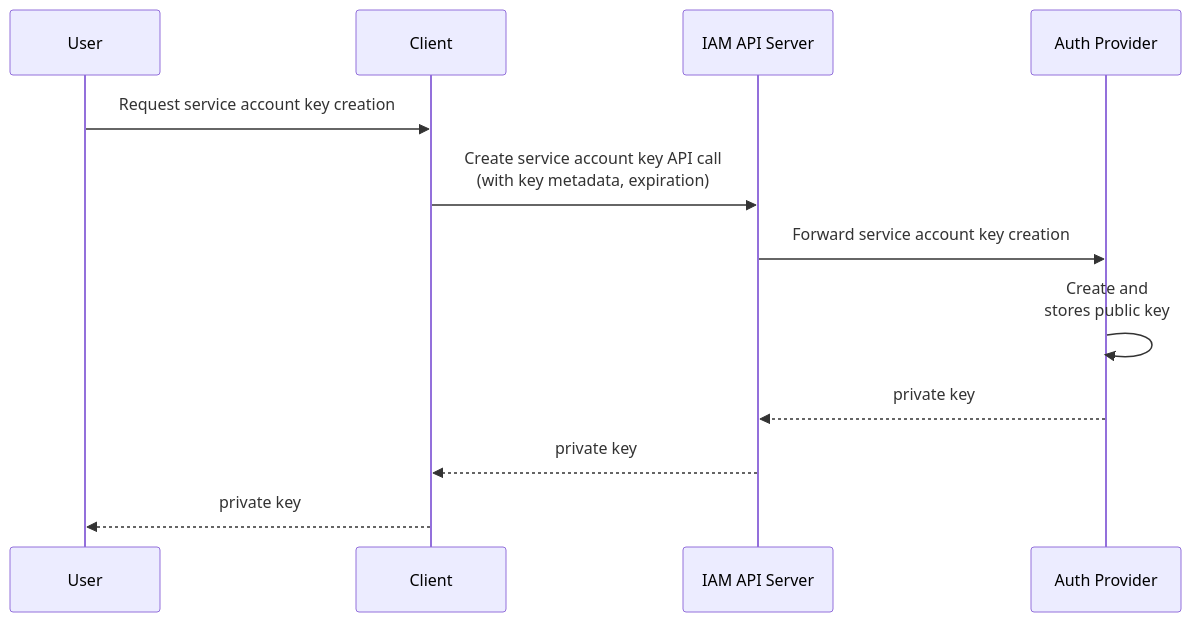
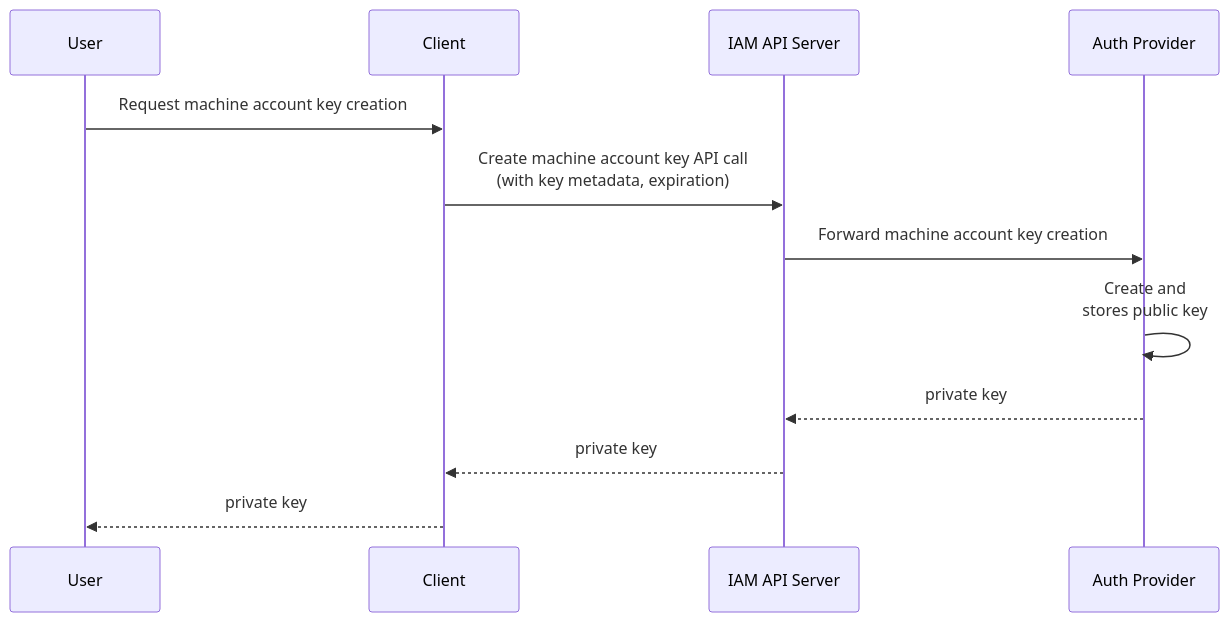
Before and after one commit to datum-cloud/enhancements: the tenth of 13 diagrams in enhancements/platform/identity-and-access-management/authentication/README.md, drawn with Mermaid. The commit also changed other lines of this file, not shown here.

Commit message:
docs: update README to replace 'Service Account' terminology with 'Machine Account' for consistency and clarity

````diff
--- a/enhancements/platform/identity-and-access-management/authentication/README.md
+++ b/enhancements/platform/identity-and-access-management/authentication/README.md
@@ -671,15 +671,15 @@
 ```mermaid
 sequenceDiagram
     participant User as User
     participant Client as Client
     participant IAM as IAM API Server
     participant AuthZ as Auth Provider
 
-    User->>Client: Request service account key creation
-    Client->>IAM: Create service account key API call <br> (with key metadata, expiration)
-    IAM->>AuthZ: Forward service account key creation
+    User->>Client: Request machine account key creation
+    Client->>IAM: Create machine account key API call <br> (with key metadata, expiration)
+    IAM->>AuthZ: Forward machine account key creation
     AuthZ->>AuthZ: Create and <br> stores public key
     AuthZ-->>IAM: private key
     IAM-->>Client: private key
     Client-->>User: private key
 ```
````
